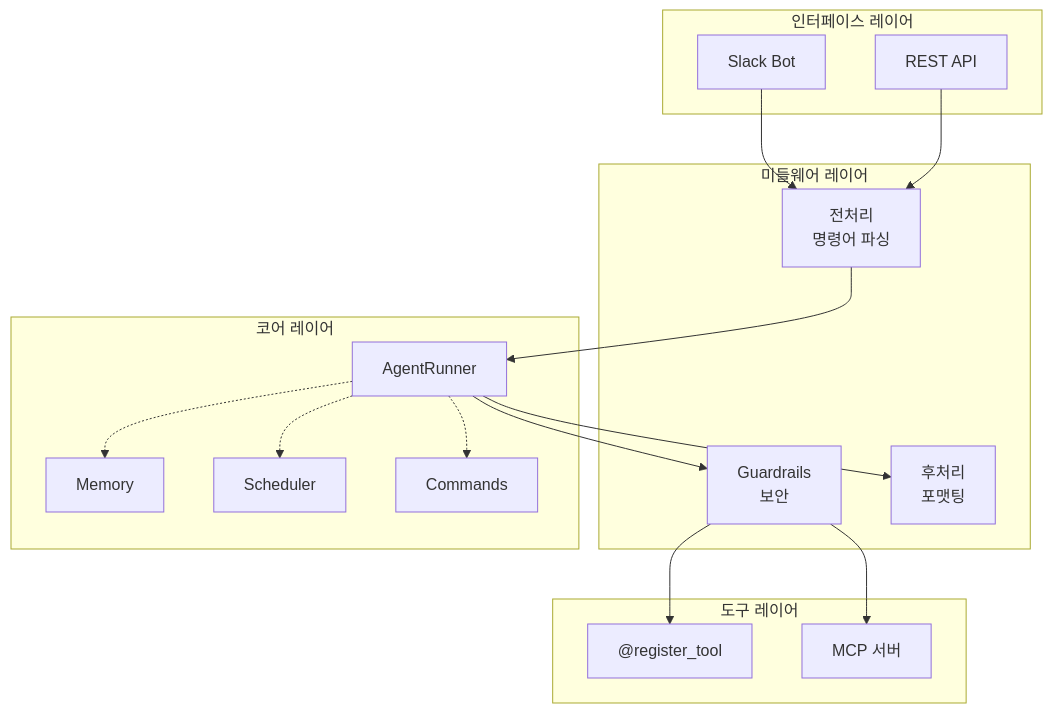
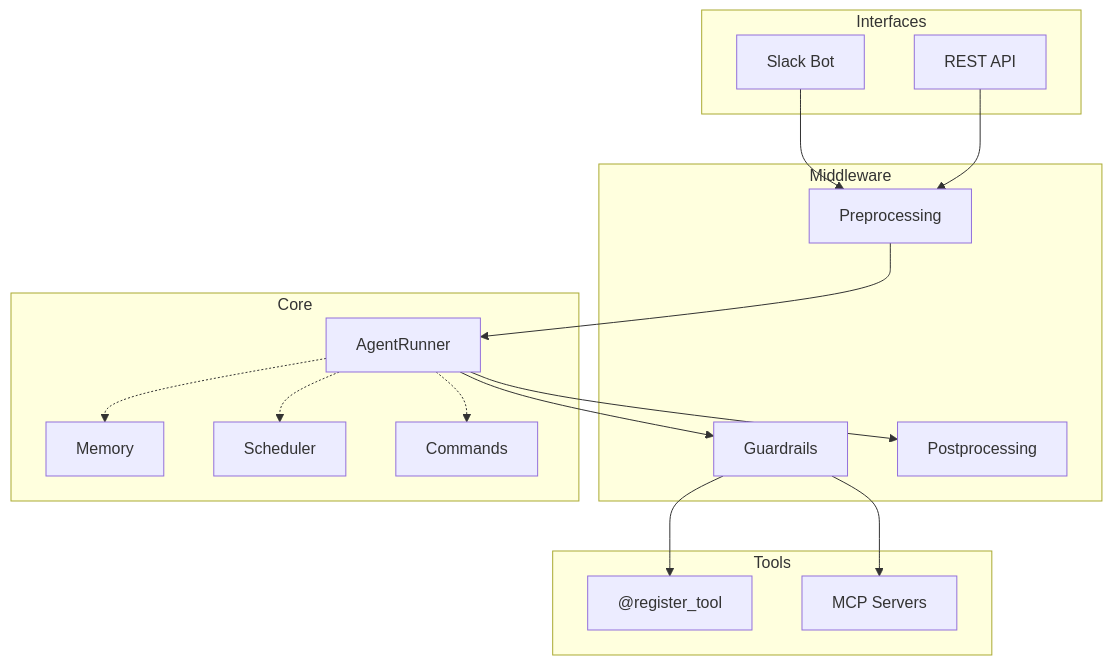
The diagram in README.md (lee-lou2/sidekick), drawn with Mermaid before and after one commit. The commit also changed other lines of this file and 2 other files, not shown here.

````diff
--- a/README.md
+++ b/README.md
@@ -207,36 +163,36 @@
 ```mermaid
 graph TB
-    subgraph Interfaces["인터페이스 레이어"]
+    subgraph Interfaces
         Slack[Slack Bot]
         API[REST API]
     end
 
-    subgraph Middleware["미들웨어 레이어"]
-        Pre[전처리<br/>명령어 파싱]
-        Guard[Guardrails<br/>보안]
-        Post[후처리<br/>포맷팅]
+    subgraph Middleware
+        Pre[Preprocessing]
+        Guard[Guardrails]
+        Post[Postprocessing]
     end
 
-    subgraph Core["코어 레이어"]
+    subgraph Core
         Agent[AgentRunner]
         Memory[Memory]
         Scheduler[Scheduler]
         Commands[Commands]
     end
 
-    subgraph Tools["도구 레이어"]
+    subgraph Tools
         Custom["@register_tool"]
-        MCP[MCP 서버]
+        MCP[MCP Servers]
     end
 
     Slack --> Pre
     API --> Pre
     Pre --> Agent
     Agent --> Guard
     Guard --> Custom
     Guard --> MCP
     Agent --> Post
     Agent -.-> Memory
     Agent -.-> Scheduler
     Agent -.-> Commands
 ```
````
